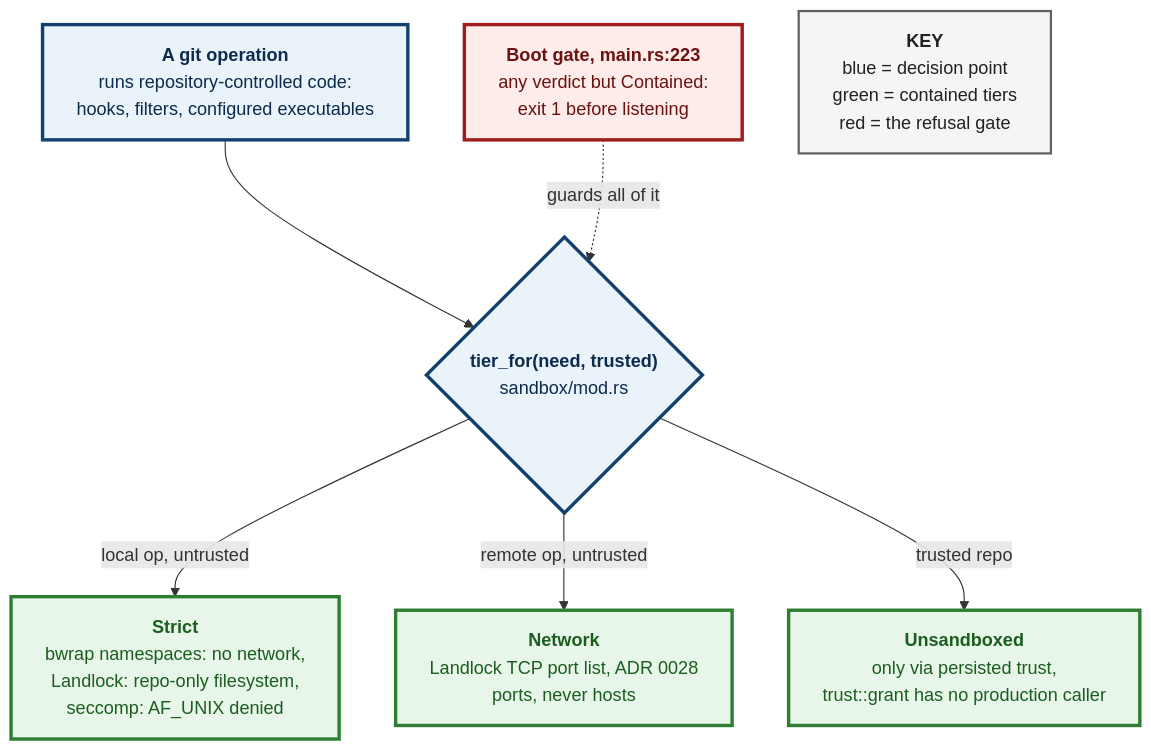
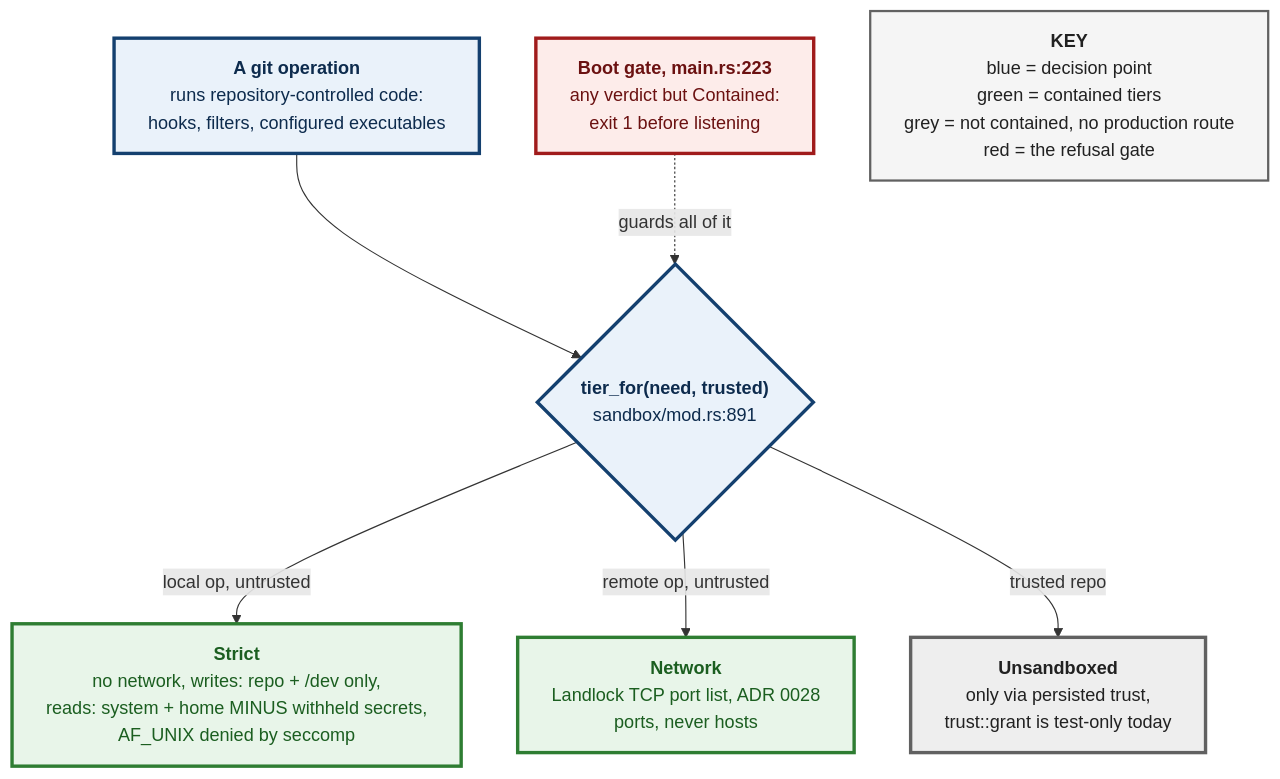
The first of 3 diagrams in docs/adr/0152-windows-containment-is-a-native-backend-and-windows-refuses-until-it-exists.md (tom2025b/git-vista), drawn with Mermaid before and after one commit. The commit also changed other lines of this file and 1 other file, not shown here.

First line of the commit message:
docs(adr): 0152 grok round 1 — match Strict's real grants, make the spike prove them

````diff
--- a/docs/adr/0152-windows-containment-is-a-native-backend-and-windows-refuses-until-it-exists.md
+++ b/docs/adr/0152-windows-containment-is-a-native-backend-and-windows-refuses-until-it-exists.md
@@ -45,31 +65,33 @@
 ```mermaid
 ---
 config:
   flowchart:
     wrappingWidth: 460
 ---
 flowchart TD
     OP["<b>A git operation</b><br/>runs repository-controlled code:<br/>hooks, filters, configured executables"]
-    TIER{"<b>tier_for(need, trusted)</b><br/>sandbox/mod.rs"}
-    STRICT["<b>Strict</b><br/>bwrap namespaces: no network,<br/>Landlock: repo-only filesystem,<br/>seccomp: AF_UNIX denied"]
+    TIER{"<b>tier_for(need, trusted)</b><br/>sandbox/mod.rs:891"}
+    STRICT["<b>Strict</b><br/>no network, writes: repo + /dev only,<br/>reads: system + home MINUS withheld secrets,<br/>AF_UNIX denied by seccomp"]
     NET["<b>Network</b><br/>Landlock TCP port list, ADR 0028<br/>ports, never hosts"]
-    UNS["<b>Unsandboxed</b><br/>only via persisted trust,<br/>trust::grant has no production caller"]
+    UNS["<b>Unsandboxed</b><br/>only via persisted trust,<br/>trust::grant is test-only today"]
     GATE["<b>Boot gate, main.rs:223</b><br/>any verdict but Contained:<br/>exit 1 before listening"]
-    KEY["<b>KEY</b><br/>blue = decision point<br/>green = contained tiers<br/>red = the refusal gate"]
+    KEY["<b>KEY</b><br/>blue = decision point<br/>green = contained tiers<br/>grey = not contained, no production route<br/>red = the refusal gate"]
 
     OP --> TIER
     TIER -->|"local op, untrusted"| STRICT
     TIER -->|"remote op, untrusted"| NET
     TIER -->|"trusted repo"| UNS
     GATE -.->|"guards all of it"| TIER
 
     classDef decide fill:#eaf2fa,stroke:#14406f,stroke-width:3px,color:#0d2b4d
     classDef good fill:#e8f5e9,stroke:#2e7d32,stroke-width:3px,color:#1b5e20
+    classDef uncontained fill:#eeeeee,stroke:#616161,stroke-width:3px,color:#212121
     classDef gate fill:#fdecea,stroke:#a01b1b,stroke-width:3px,color:#6b1111
     classDef legend fill:#f5f5f5,stroke:#616161,stroke-width:2px,color:#212121
 
     class OP,TIER decide
-    class STRICT,NET,UNS good
+    class STRICT,NET good
+    class UNS uncontained
     class GATE gate
     class KEY legend
 ```
````
